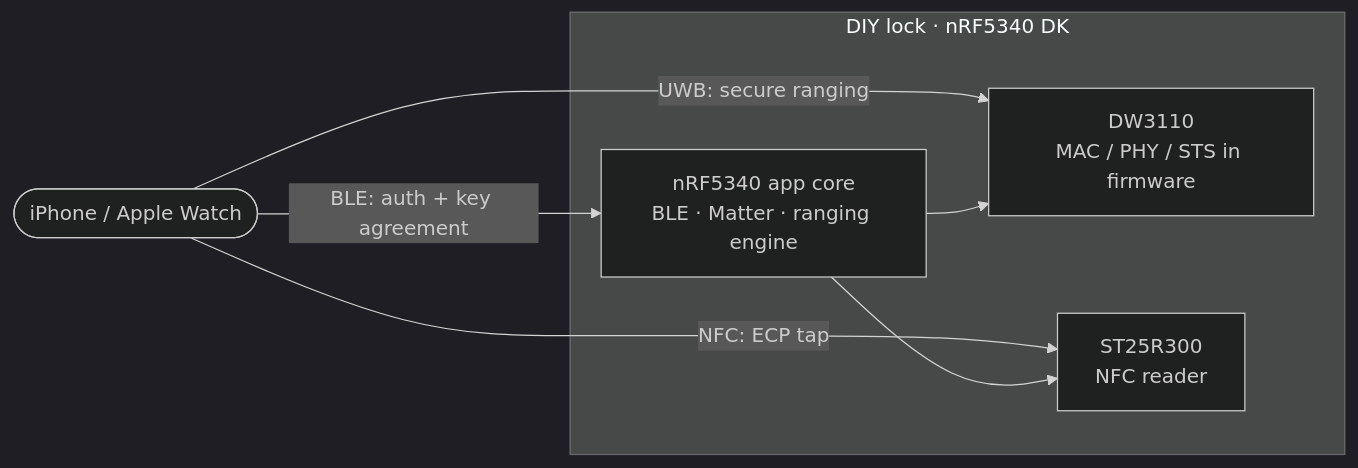
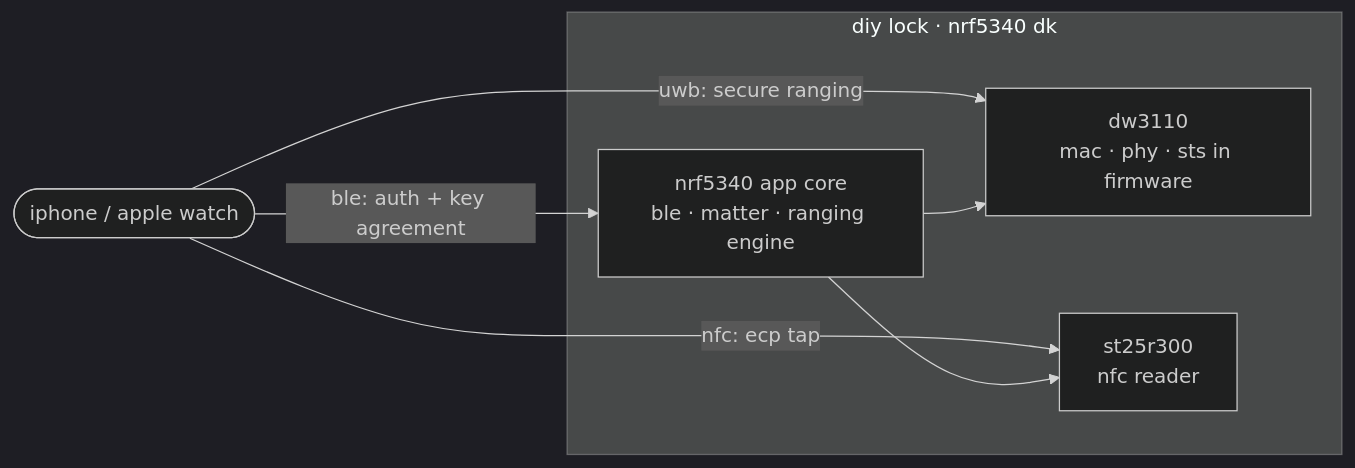
One commit to jonathan-shc/UWB changed the diagram in README.md. Above: the diagram before and after it, drawn with Mermaid (dark theme). The commit also changed other lines of this file, not shown here.

````diff
--- a/README.md
+++ b/README.md
@@ -78,14 +84,14 @@
 ```mermaid
 flowchart LR
-  phone(["iPhone / Apple Watch"])
-  phone -- "BLE: auth + key agreement" --> soc
-  phone -- "UWB: secure ranging" --> uwb
-  phone -- "NFC: ECP tap" --> nfc
-  subgraph lock ["DIY lock · nRF5340 DK"]
-    soc["nRF5340 app core<br/>BLE · Matter · ranging engine"]
-    uwb["DW3110<br/>MAC / PHY / STS in firmware"]
-    nfc["ST25R300<br/>NFC reader"]
+  phone(["iphone / apple watch"])
+  phone -- "ble: auth + key agreement" --> soc
+  phone -- "uwb: secure ranging" --> uwb
+  phone -- "nfc: ecp tap" --> nfc
+  subgraph lock ["diy lock · nrf5340 dk"]
+    soc["nrf5340 app core<br/>ble · matter · ranging engine"]
+    uwb["dw3110<br/>mac · phy · sts in firmware"]
+    nfc["st25r300<br/>nfc reader"]
     soc --> uwb
     soc --> nfc
   end
 ```
````
